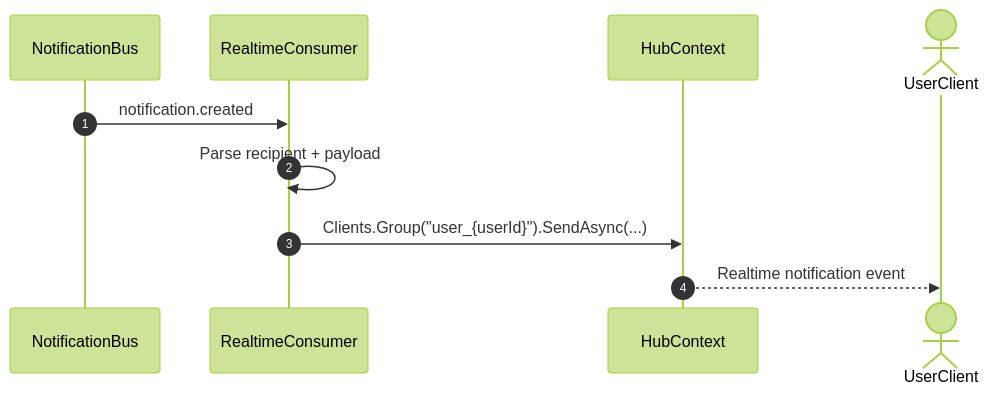
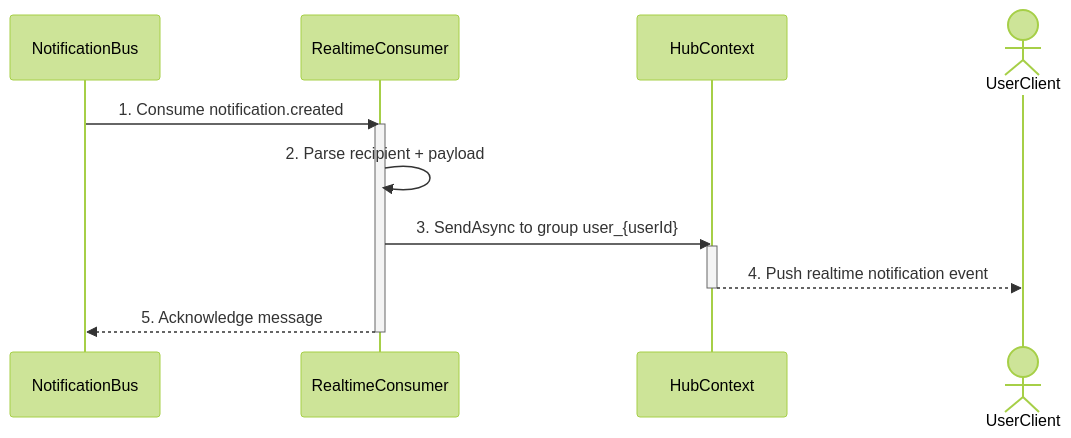
Before and after one commit to SEP490-CapstoneProject/SEP490_BE: the diagram in sequence_dia/realtime_service_sequence_diagram.md, drawn with Mermaid (forest theme). The commit also changed 14 other files, not shown here.

Commit message:
feat: Add sequence diagrams for various services and re-enable subscription quota check in ApplicationService

````diff
--- a/sequence_dia/realtime_service_sequence_diagram.md
+++ b/sequence_dia/realtime_service_sequence_diagram.md
@@ -1,13 +1,17 @@
 ```mermaid
 sequenceDiagram
-    autonumber
     participant NotificationBus
     participant RealtimeConsumer
     participant HubContext
     actor UserClient
 
-    NotificationBus->>RealtimeConsumer: notification.created
-    RealtimeConsumer->>RealtimeConsumer: Parse recipient + payload
-    RealtimeConsumer->>HubContext: Clients.Group("user_{userId}").SendAsync(...)
-    HubContext-->>UserClient: Realtime notification event
+    NotificationBus->>RealtimeConsumer: 1. Consume notification.created
+    activate RealtimeConsumer
+    RealtimeConsumer->>RealtimeConsumer: 2. Parse recipient + payload
+    RealtimeConsumer->>HubContext: 3. SendAsync to group user_{userId}
+    activate HubContext
+    HubContext-->>UserClient: 4. Push realtime notification event
+    deactivate HubContext
+    RealtimeConsumer-->>NotificationBus: 5. Acknowledge message
+    deactivate RealtimeConsumer
 ```
````
